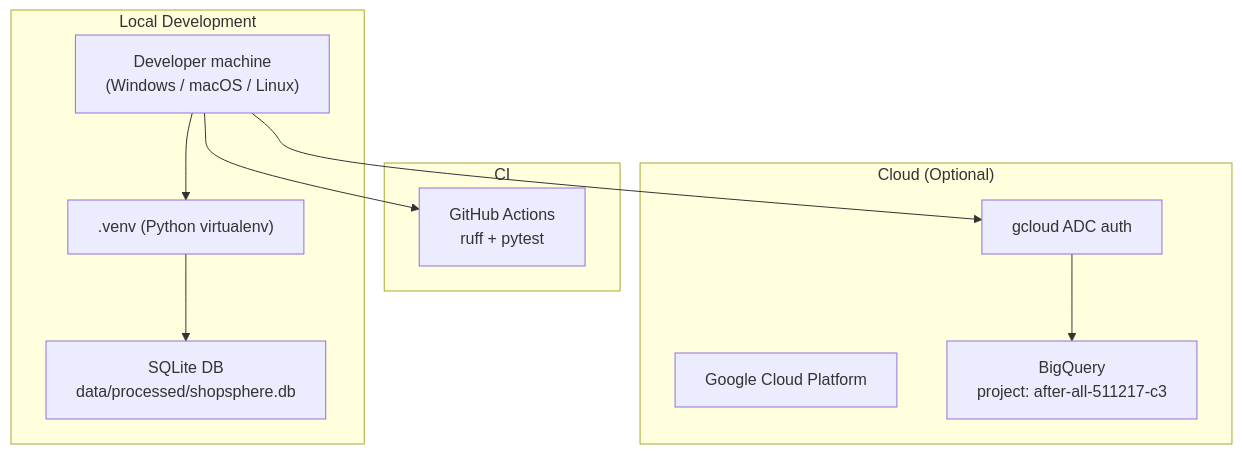
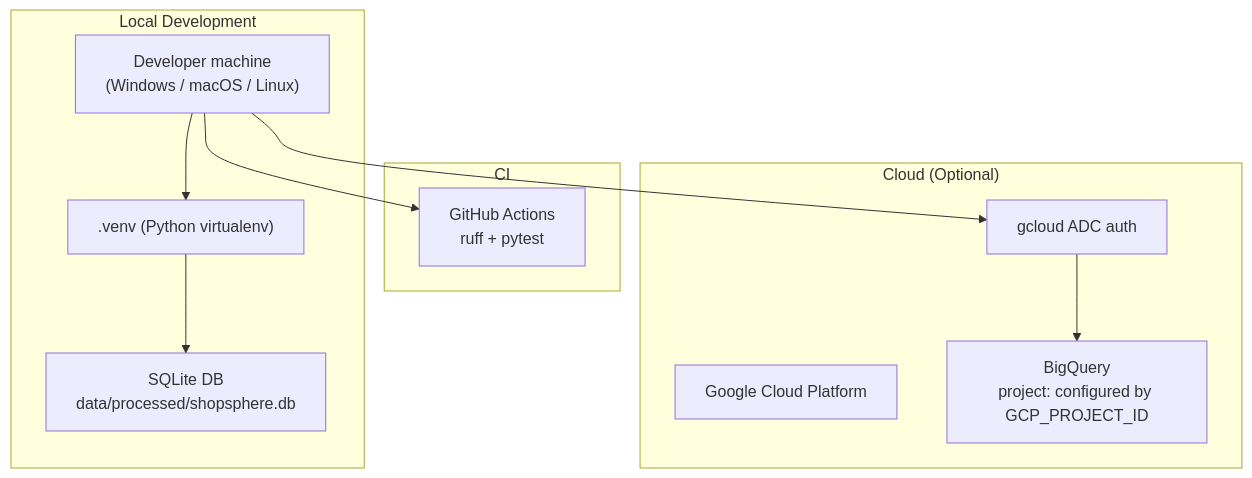
One commit to nocool235/Hcl-hackathon-Gitboosters changed the fifth of 5 diagrams in docs/architecture.md. Above: the diagram before and after it, drawn with Mermaid. The commit also changed other lines of this file and 41 other files, not shown here.

````diff
--- a/docs/architecture.md
+++ b/docs/architecture.md
@@ -245,24 +245,24 @@
 ```mermaid
 graph TB
     subgraph "Local Development"
         DEV["Developer machine\n(Windows / macOS / Linux)"]
         VENV[".venv (Python virtualenv)"]
         DB["SQLite DB\ndata/processed/shopsphere.db"]
     end
 
     subgraph "CI"
         GHA["GitHub Actions\nruff + pytest"]
     end
 
     subgraph "Cloud (Optional)"
         GCP["Google Cloud Platform"]
-        BQ["BigQuery\nproject: after-all-511217-c3"]
+        BQ["BigQuery\nproject: configured by GCP_PROJECT_ID"]
         ADC["gcloud ADC auth"]
     end
 
     DEV --> VENV
     VENV --> DB
     DEV --> GHA
     DEV --> ADC
     ADC --> BQ
 ```
````
